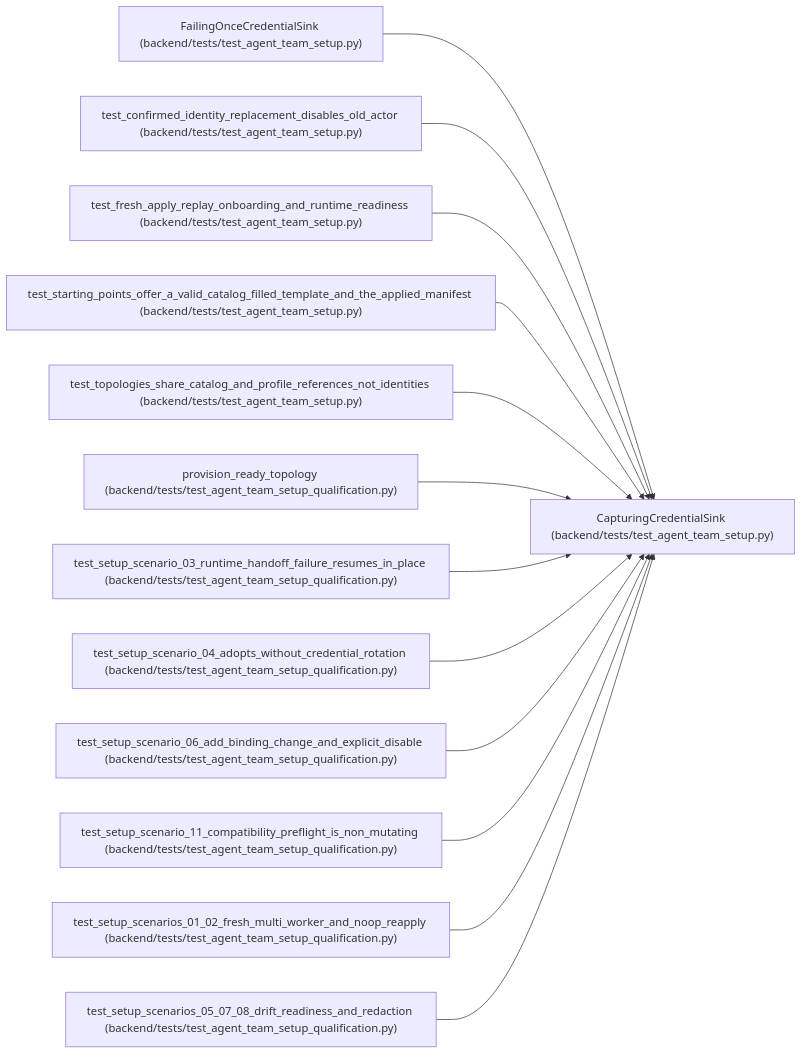
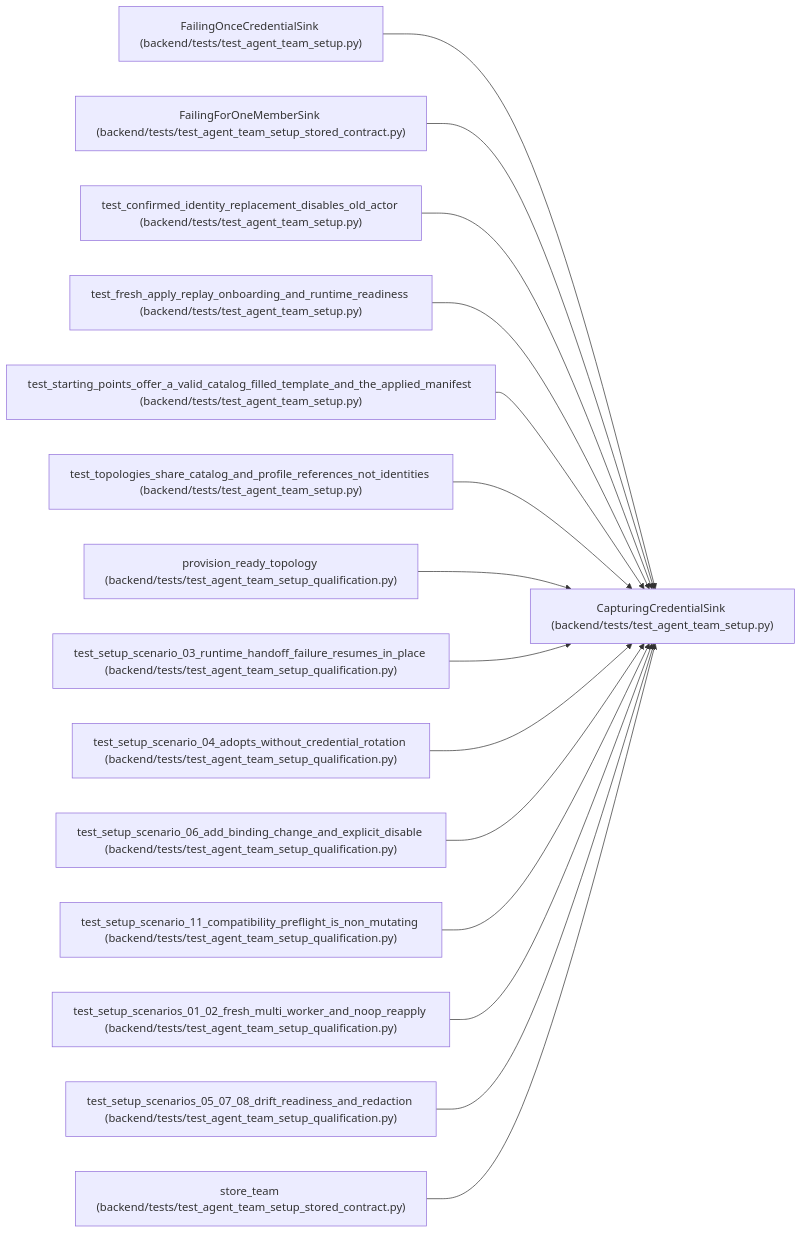
One commit to Denissvgn/WorkChord changed the diagram in docs/llm_wiki/entities/CapturingCredentialSink.md. Above: the diagram before and after it, drawn with Mermaid. The commit also changed other lines of this file and 829 other files, not shown here.

Commit message:
docs(wiki): refresh for team contracts stored under earlier role rules

````diff
--- a/docs/llm_wiki/entities/CapturingCredentialSink.md
+++ b/docs/llm_wiki/entities/CapturingCredentialSink.md
@@ -26,41 +26,47 @@
 ```mermaid
 flowchart LR
     n0["CapturingCredentialSink (backend/tests/test_agent_team_setup.py)"]
     n1["FailingOnceCredentialSink (backend/tests/test_agent_team_setup.py)"]
-    n2["test_confirmed_identity_replacement_disables_old_actor (backend/tests/test_agent_team_setup.py)"]
-    n3["test_fresh_apply_replay_onboarding_and_runtime_readiness (backend/tests/test_agent_team_setup.py)"]
-    n4["test_starting_points_offer_a_valid_catalog_filled_template_and_the_applied_manifest (backend/tests/test_agent_team_setup.py)"]
-    n5["test_topologies_share_catalog_and_profile_references_not_identities (backend/tests/test_agent_team_setup.py)"]
-    n6["provision_ready_topology (backend/tests/test_agent_team_setup_qualification.py)"]
-    n7["test_setup_scenario_03_runtime_handoff_failure_resumes_in_place (backend/tests/test_agent_team_setup_qualification.py)"]
-    n8["test_setup_scenario_04_adopts_without_credential_rotation (backend/tests/test_agent_team_setup_qualification.py)"]
-    n9["test_setup_scenario_06_add_binding_change_and_explicit_disable (backend/tests/test_agent_team_setup_qualification.py)"]
-    n10["test_setup_scenario_11_compatibility_preflight_is_non_mutating (backend/tests/test_agent_team_setup_qualification.py)"]
-    n11["test_setup_scenarios_01_02_fresh_multi_worker_and_noop_reapply (backend/tests/test_agent_team_setup_qualification.py)"]
-    n12["test_setup_scenarios_05_07_08_drift_readiness_and_redaction (backend/tests/test_agent_team_setup_qualification.py)"]
+    n2["FailingForOneMemberSink (backend/tests/test_agent_team_setup_stored_contract.py)"]
+    n3["test_confirmed_identity_replacement_disables_old_actor (backend/tests/test_agent_team_setup.py)"]
+    n4["test_fresh_apply_replay_onboarding_and_runtime_readiness (backend/tests/test_agent_team_setup.py)"]
+    n5["test_starting_points_offer_a_valid_catalog_filled_template_and_the_applied_manifest (backend/tests/test_agent_team_setup.py)"]
+    n6["test_topologies_share_catalog_and_profile_references_not_identities (backend/tests/test_agent_team_setup.py)"]
+    n7["provision_ready_topology (backend/tests/test_agent_team_setup_qualification.py)"]
+    n8["test_setup_scenario_03_runtime_handoff_failure_resumes_in_place (backend/tests/test_agent_team_setup_qualification.py)"]
+    n9["test_setup_scenario_04_adopts_without_credential_rotation (backend/tests/test_agent_team_setup_qualification.py)"]
+    n10["test_setup_scenario_06_add_binding_change_and_explicit_disable (backend/tests/test_agent_team_setup_qualification.py)"]
+    n11["test_setup_scenario_11_compatibility_preflight_is_non_mutating (backend/tests/test_agent_team_setup_qualification.py)"]
+    n12["test_setup_scenarios_01_02_fresh_multi_worker_and_noop_reapply (backend/tests/test_agent_team_setup_qualification.py)"]
+    n13["test_setup_scenarios_05_07_08_drift_readiness_and_redaction (backend/tests/test_agent_team_setup_qualification.py)"]
+    n14["store_team (backend/tests/test_agent_team_setup_stored_contract.py)"]
     n1 --> n0
     n2 --> n0
     n3 --> n0
     n4 --> n0
     n5 --> n0
     n6 --> n0
     n7 --> n0
     n8 --> n0
     n9 --> n0
     n10 --> n0
     n11 --> n0
     n12 --> n0
+    n13 --> n0
+    n14 --> n0
     click n0 "../modules/test_agent_team_setup.md"
     click n1 "../modules/test_agent_team_setup.md"
-    click n2 "../modules/test_agent_team_setup.md"
+    click n2 "../modules/test_agent_team_setup_stored_contract.md"
     click n3 "../modules/test_agent_team_setup.md"
     click n4 "../modules/test_agent_team_setup.md"
     click n5 "../modules/test_agent_team_setup.md"
-    click n6 "../modules/test_agent_team_setup_qualification.md"
+    click n6 "../modules/test_agent_team_setup.md"
     click n7 "../modules/test_agent_team_setup_qualification.md"
     click n8 "../modules/test_agent_team_setup_qualification.md"
     click n9 "../modules/test_agent_team_setup_qualification.md"
     click n10 "../modules/test_agent_team_setup_qualification.md"
     click n11 "../modules/test_agent_team_setup_qualification.md"
     click n12 "../modules/test_agent_team_setup_qualification.md"
+    click n13 "../modules/test_agent_team_setup_qualification.md"
+    click n14 "../modules/test_agent_team_setup_stored_contract.md"
 ```
````
